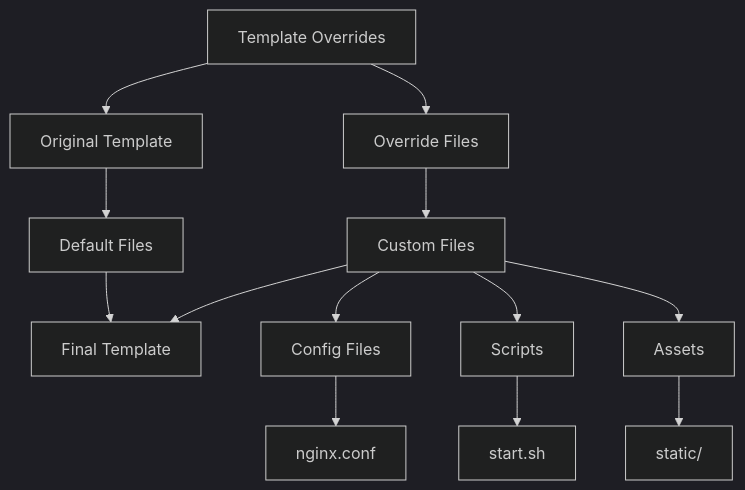
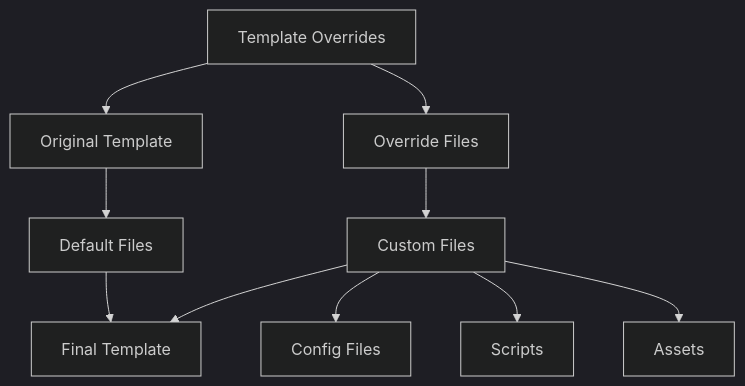
The diagram in docs/guides/nixamples/06-overrides/README.md (Hydepwns/nix-mox), drawn with Mermaid (dark theme) before and after one commit. The commit also changed other lines of this file and 145 other files, not shown here.

````diff
--- a/docs/guides/nixamples/06-overrides/README.md
+++ b/docs/guides/nixamples/06-overrides/README.md
@@ -5,15 +5,12 @@
 ```mermaid
 graph TD
     A[Template Overrides] --> B[Original Template]
     A --> C[Override Files]
     B --> D[Default Files]
     C --> E[Custom Files]
     D --> F[Final Template]
     E --> F
     E --> G[Config Files]
     E --> H[Scripts]
     E --> I[Assets]
-    G --> J[nginx.conf]
-    H --> K[start.sh]
-    I --> L[static/]
 ```
````
